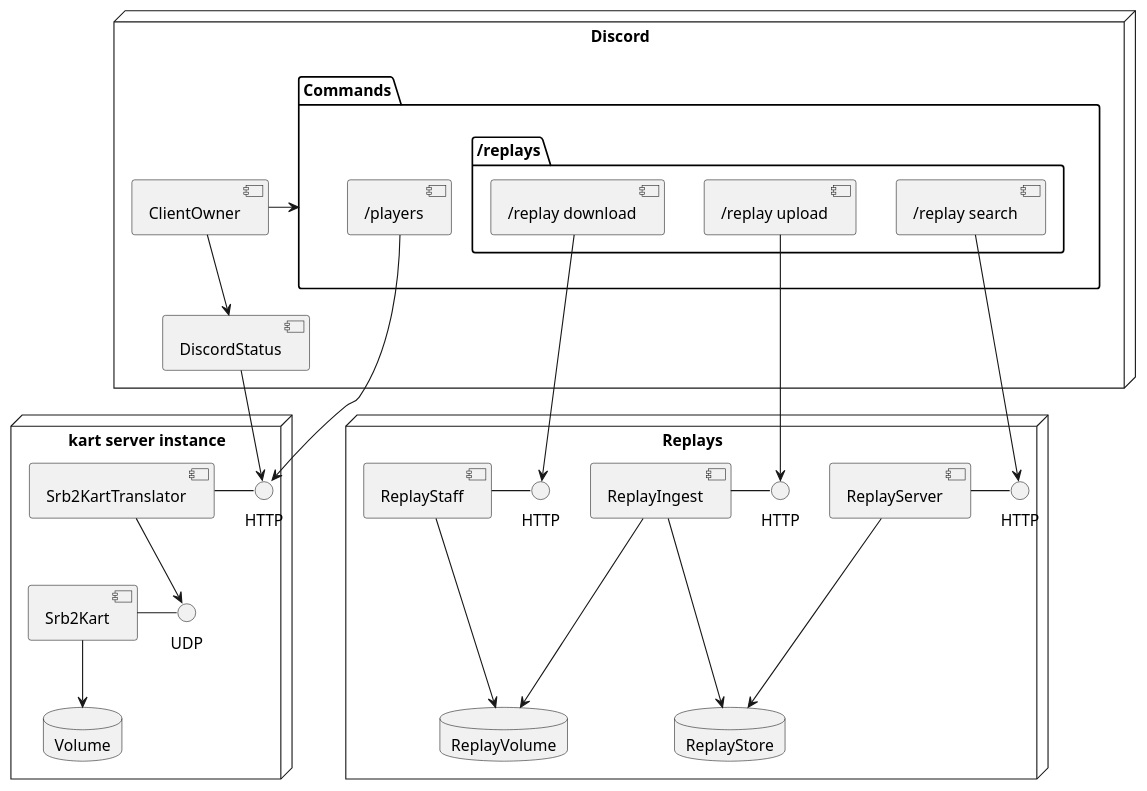
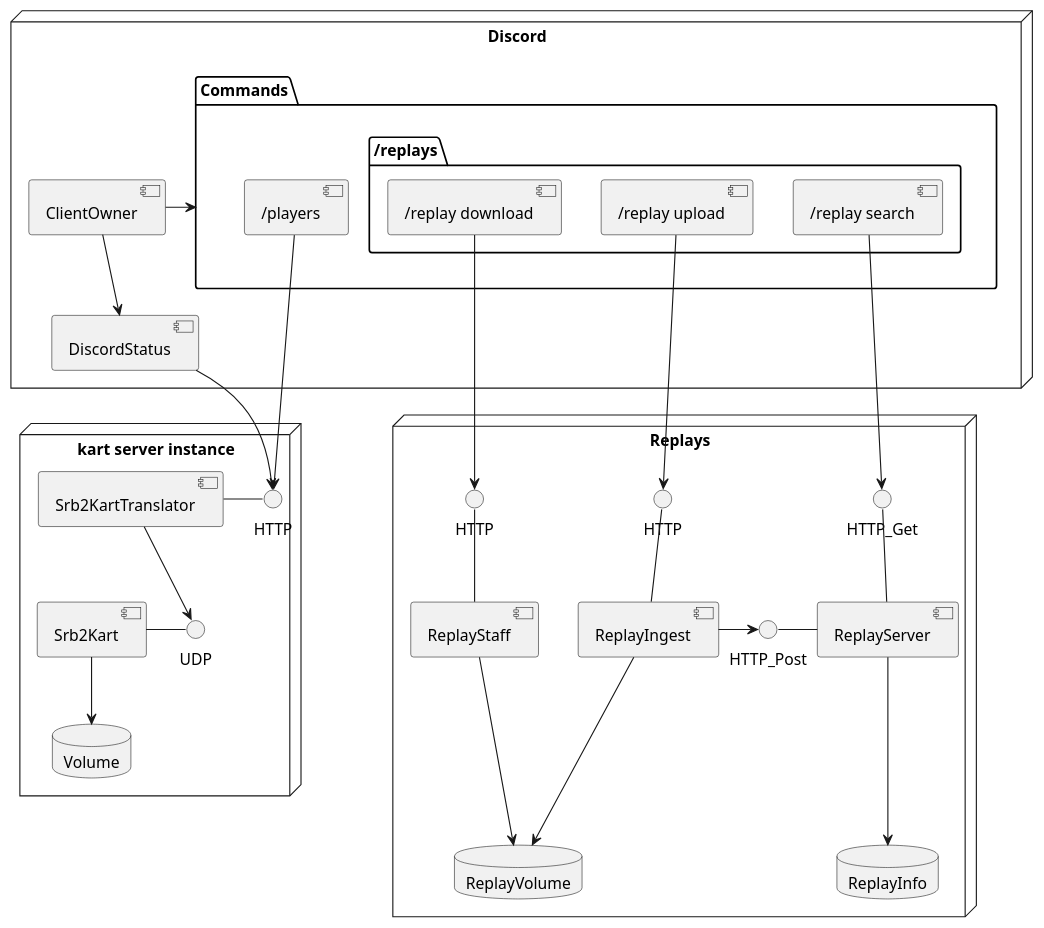
The diagram in topLevel.puml (formulabun/architecture), drawn with PlantUML before and after one commit. The commit also changed 1 other file, not shown here.

Commit message:
make ingest talk to api of info

```diff
--- a/topLevel.puml
+++ b/topLevel.puml
@@ -1,93 +1,95 @@
 @startuml
 node "kart server instance" {
   interface HTTP as ServerInfoHTTP
   interface UDP as ServerInfoUDP
 
   database Volume
 
   [Srb2Kart] - ServerInfoUDP
   [Srb2KartTranslator] - ServerInfoHTTP
 
   Srb2KartTranslator --> ServerInfoUDP
 
   Srb2Kart --> Volume
 }
 
 node "Replays" {
-  interface HTTP as ReplayStoreHTTP
+  interface HTTP_Get as ReplayInfoGet
+  interface HTTP_Post as ReplayInfoPost
   interface HTTP as ReplayUploadHTTP
   interface HTTP as ReplayStaffHTTP
 
-  [ReplayServer] - ReplayStoreHTTP
-  [ReplayIngest] - ReplayUploadHTTP
-  [ReplayStaff] - ReplayStaffHTTP
+  [ReplayServer] -up- ReplayInfoGet
+  [ReplayServer] -left- ReplayInfoPost
+  [ReplayIngest] -up- ReplayUploadHTTP
+  [ReplayStaff] -up- ReplayStaffHTTP
 
-  database ReplayStore
+  database ReplayInfo
   database ReplayVolume
 
-  ReplayServer ---> ReplayStore
-  ReplayIngest ---> ReplayStore
+  ReplayServer ---> ReplayInfo
+  ReplayIngest --right-> ReplayInfoPost
 
   ReplayIngest ---> ReplayVolume
   ReplayStaff ---> ReplayVolume
 }
 
 node Discord {
   [ClientOwner]
   [DiscordStatus] 
 
   package Commands {
     [/players] ---> ServerInfoHTTP
 
     package "/replays" {
       [/replay download] ---> ReplayStaffHTTP
       [/replay upload] ---> ReplayUploadHTTP
-      [/replay search] ---> ReplayStoreHTTP
+      [/replay search] ---> ReplayInfoGet
     }
   }
 
   DiscordStatus -up-> ServerInfoHTTP 
 
   ClientOwner -right-> Commands
   ClientOwner --> DiscordStatus
 }
 
 ' Works in Progres
 /'
 node Website {
   [StatusUI] -->  ServerInfoHTTP
   [AddonUI] --> AddonCRUDHTTP
 }
 '/
 
 /'
 node "Command Line" {
   package "CLI Commands" {
     [cli Status]
     [cli Addons]
     [cli Server Instance]
 
     [cli Status] --> ServerInfoHTTP
     [cli Addons] --> AddonCRUDHTTP
     [cli Server Instance]
   }
 }
 '/
 
 /'
 node "Instance Management TODO" {
 }
 '/
 
 /'
 node "Addon Management" {
   interface HTTP as AddonCRUDHTTP
   [AddonCRUD] - AddonCRUDHTTP
 
   database AddonMetadata
 
   AddonCRUD --> AddonMetadata
 }
 '/
 
 @enduml
```
